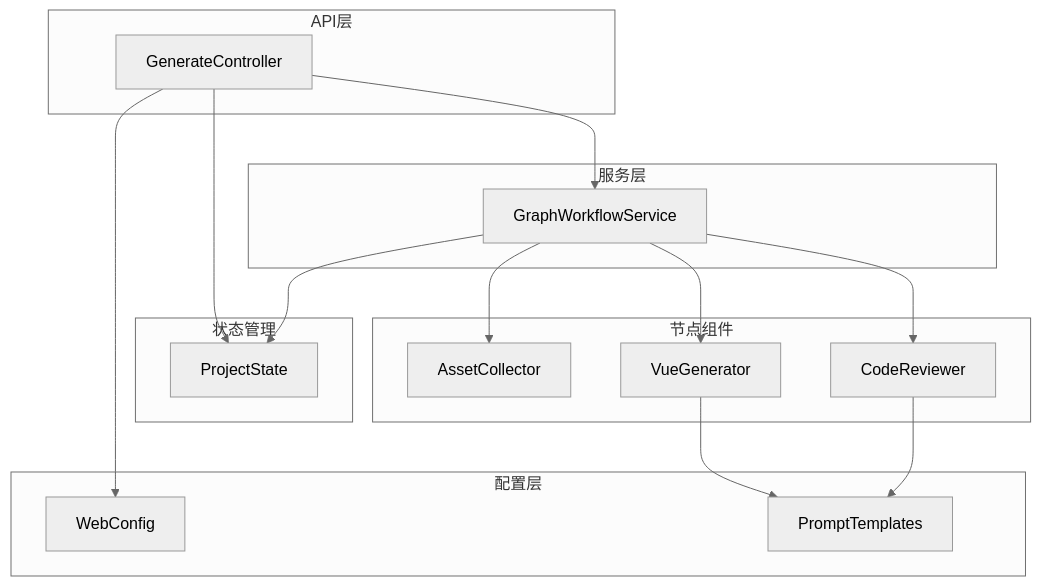
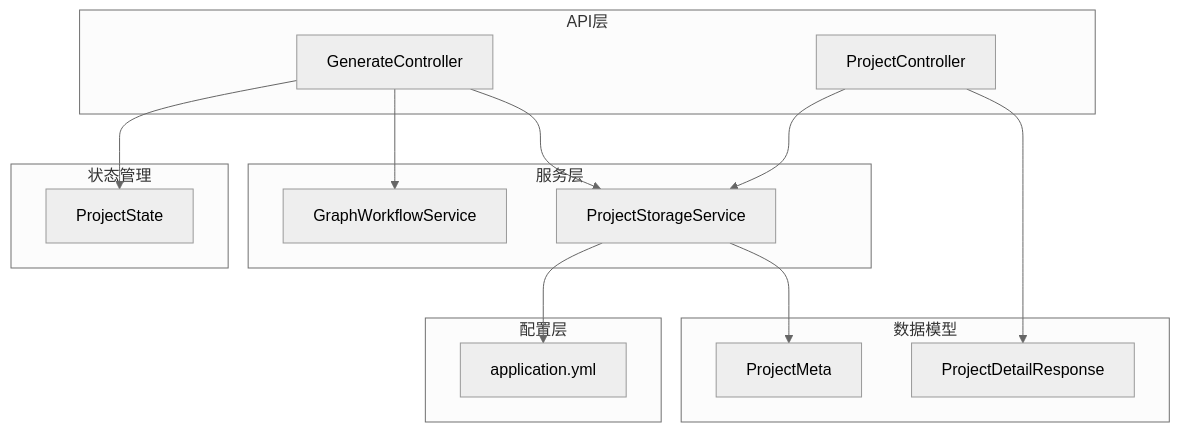
One commit to CyanYuKi/WebSiteFrontendCodeMother changed the first of 7 diagrams in .qoder/repowiki/zh/content/API接口文档.md. Above: the diagram before and after it, drawn with Mermaid (neutral theme). The commit also changed other lines of this file and 5 other files, not shown here.

````diff
--- a/.qoder/repowiki/zh/content/API接口文档.md
+++ b/.qoder/repowiki/zh/content/API接口文档.md
@@ -38,30 +45,28 @@
 ```mermaid
 graph TB
 subgraph "API层"
 GC[GenerateController]
+PC[ProjectController]
 end
 subgraph "服务层"
 GWS[GraphWorkflowService]
+PSS[ProjectStorageService]
 end
 subgraph "状态管理"
 PS[ProjectState]
 end
-subgraph "节点组件"
-AC[AssetCollector]
-VG[VueGenerator]
-CR[CodeReviewer]
+subgraph "数据模型"
+PM[ProjectMeta]
+PDR[ProjectDetailResponse]
 end
 subgraph "配置层"
-WC[WebConfig]
-PT[PromptTemplates]
+APP[application.yml]
 end
 GC --> GWS
-GWS --> AC
-GWS --> VG
-GWS --> CR
+GC --> PSS
+PC --> PSS
+PSS --> PM
 GC --> PS
-GWS --> PS
-GC --> WC
-VG --> PT
-CR --> PT
+PC --> PDR
+PSS --> APP
 ```
````
